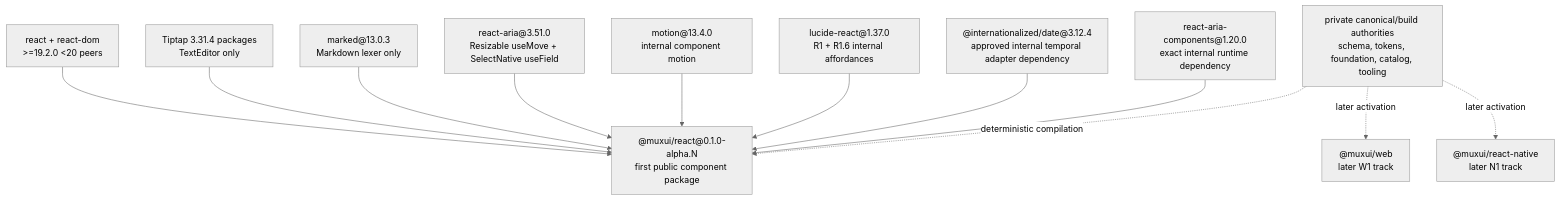
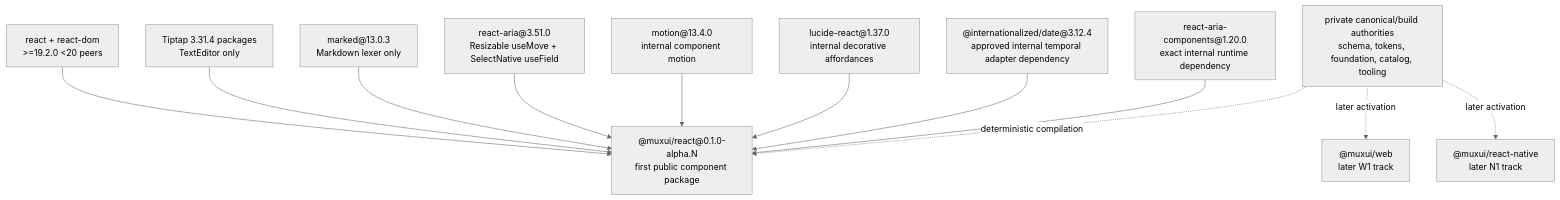
One commit to ndrewtran/muxui changed the second of 2 diagrams in strategy/monorepo-architecture.md. Above: the diagram before and after it, drawn with Mermaid (neutral theme). The commit also changed other lines of this file and 6 other files, not shown here.

````diff
--- a/strategy/monorepo-architecture.md
+++ b/strategy/monorepo-architecture.md
@@ -1231,27 +1226,27 @@
 ```mermaid
 flowchart TD
   canonical["private canonical/build authorities\nschema, tokens, foundation, catalog, tooling"]
   react["@muxui/react@0.1.0-alpha.N\nfirst public component package"]
   aria["react-aria-components@1.20.0\nexact internal runtime dependency"]
   temporal["@internationalized/date@3.12.4\napproved internal temporal adapter dependency"]
-  lucide["lucide-react@1.37.0\nR1 + R1.6 internal affordances"]
+  lucide["lucide-react@1.37.0\ninternal decorative affordances"]
   motion["motion@13.4.0\ninternal component motion"]
   resizable["react-aria@3.51.0\nResizable useMove + SelectNative useField"]
   markdown["marked@13.0.3\nMarkdown lexer only"]
   editor["Tiptap 3.31.4 packages\nTextEditor only"]
   peers["react + react-dom\n>=19.2.0 <20 peers"]
   web["@muxui/web\nlater W1 track"]
   native["@muxui/react-native\nlater N1 track"]
 
   canonical -. deterministic compilation .-> react
   aria --> react
   temporal --> react
   lucide --> react
   motion --> react
   resizable --> react
   markdown --> react
   editor --> react
   peers --> react
   canonical -. later activation .-> web
   canonical -. later activation .-> native
 ```
````
